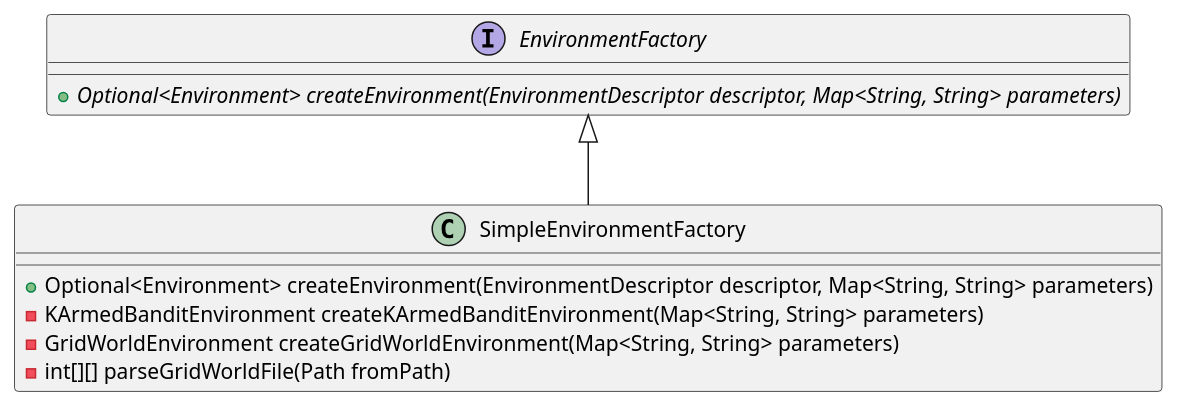
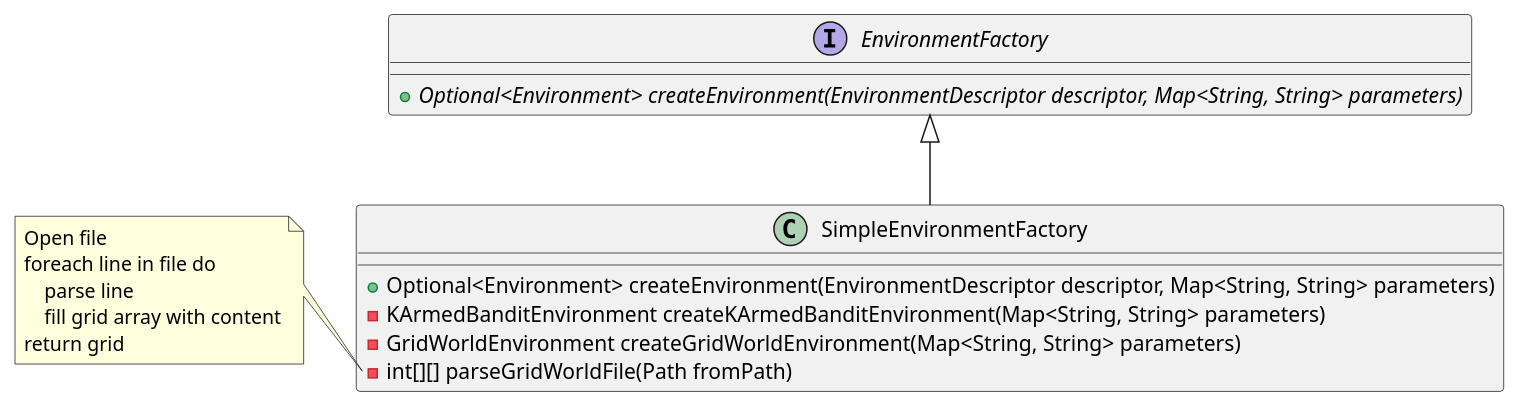
Before and after one commit to jatsqi/ASE-Reinforcement-Learning: the diagram in uml/srpNegativ.puml, drawn with PlantUML. The commit also changed 2 other files, not shown here.

Commit message:
Add UML for CA layers.

```diff
--- a/uml/srpNegativ.puml
+++ b/uml/srpNegativ.puml
@@ -1,16 +1,24 @@
 @startuml
 
 interface EnvironmentFactory {
 +{abstract}Optional<Environment> createEnvironment(EnvironmentDescriptor descriptor, Map<String, String> parameters)
 }
 
 class SimpleEnvironmentFactory {
 +Optional<Environment> createEnvironment(EnvironmentDescriptor descriptor, Map<String, String> parameters)
 -KArmedBanditEnvironment createKArmedBanditEnvironment(Map<String, String> parameters)
 -GridWorldEnvironment createGridWorldEnvironment(Map<String, String> parameters)
 -int[][] parseGridWorldFile(Path fromPath)
 }
 
+note left of SimpleEnvironmentFactory::parseGridWorldFile
+    Open file
+    foreach line in file do
+        parse line
+        fill grid array with content
+    return grid
+end note
+
 EnvironmentFactory <|-- SimpleEnvironmentFactory
 
 @enduml
```
